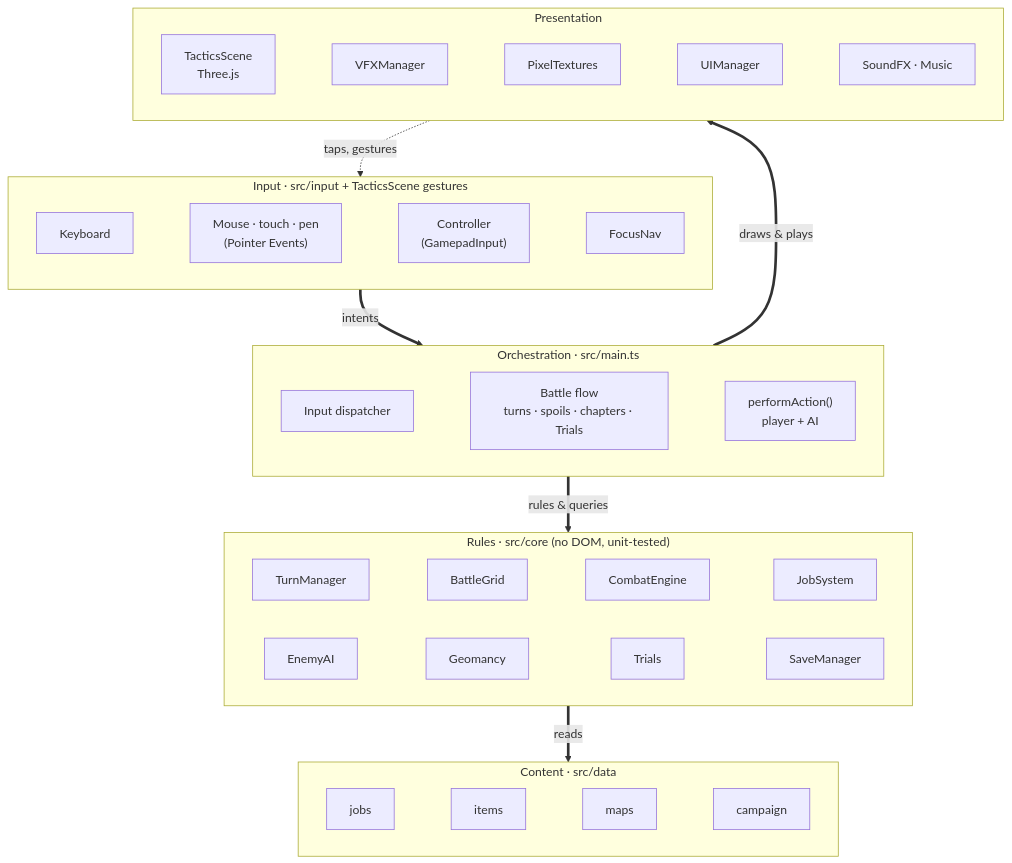
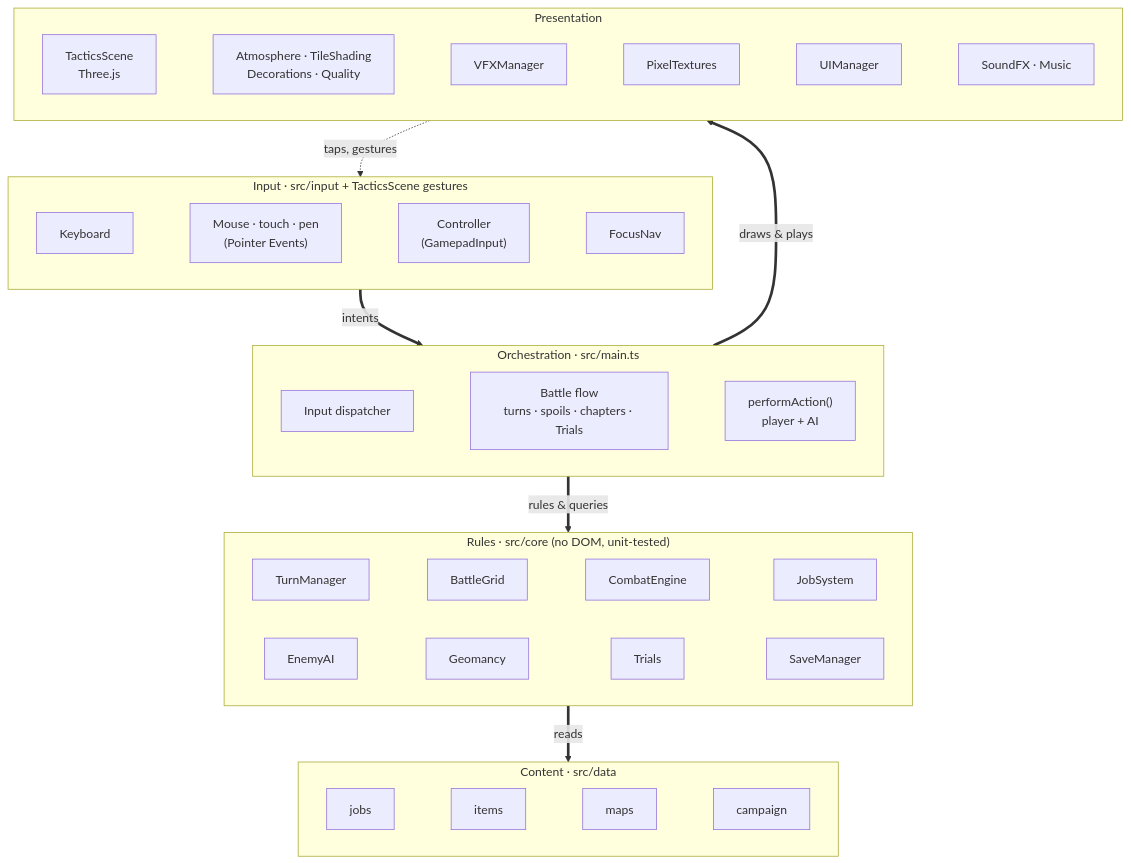
Before and after one commit to CptNope/Chess-RPG-Tactics: the first of 9 diagrams in docs/ARCHITECTURE.md, drawn with Mermaid. The commit also changed other lines of this file and 27 other files, not shown here.

First line of the commit message:
0.9.0: original character names, MIT license, graphics upgrade

````diff
--- a/docs/ARCHITECTURE.md
+++ b/docs/ARCHITECTURE.md
@@ -11,34 +11,34 @@
 ```mermaid
 flowchart TB
     subgraph Input["Input · src/input + TacticsScene gestures"]
         direction LR
         Kbd["Keyboard"] ~~~ Ptr["Mouse · touch · pen<br/>(Pointer Events)"] ~~~ Pad["Controller<br/>(GamepadInput)"] ~~~ Nav["FocusNav"]
     end
 
     subgraph Game["Orchestration · src/main.ts"]
         direction LR
         Disp["Input dispatcher"] ~~~ Flow["Battle flow<br/>turns · spoils · chapters · Trials"] ~~~ Pipe["performAction()<br/>player + AI"]
     end
 
     subgraph Core["Rules · src/core (no DOM, unit-tested)"]
         direction LR
         TM["TurnManager"] ~~~ Grid["BattleGrid"] ~~~ CE["CombatEngine"] ~~~ JS["JobSystem"]
         AI["EnemyAI"] ~~~ Geo["Geomancy"] ~~~ Tr["Trials"] ~~~ Save["SaveManager"]
     end
 
     subgraph Data["Content · src/data"]
         direction LR
         Jobs["jobs"] ~~~ Items["items"] ~~~ Maps["maps"] ~~~ Camp["campaign"]
     end
 
     subgraph View["Presentation"]
         direction LR
-        Scene["TacticsScene<br/>Three.js"] ~~~ VFX["VFXManager"] ~~~ Tex["PixelTextures"] ~~~ UI["UIManager"] ~~~ Audio["SoundFX · Music"]
+        Scene["TacticsScene<br/>Three.js"] ~~~ Look["Atmosphere · TileShading<br/>Decorations · Quality"] ~~~ VFX["VFXManager"] ~~~ Tex["PixelTextures"] ~~~ UI["UIManager"] ~~~ Audio["SoundFX · Music"]
     end
 
     Input ==>|"intents"| Game
     Game ==>|"rules & queries"| Core
     Core ==>|"reads"| Data
     Game ==>|"draws & plays"| View
     View -.->|"taps, gestures"| Input
 ```
````
